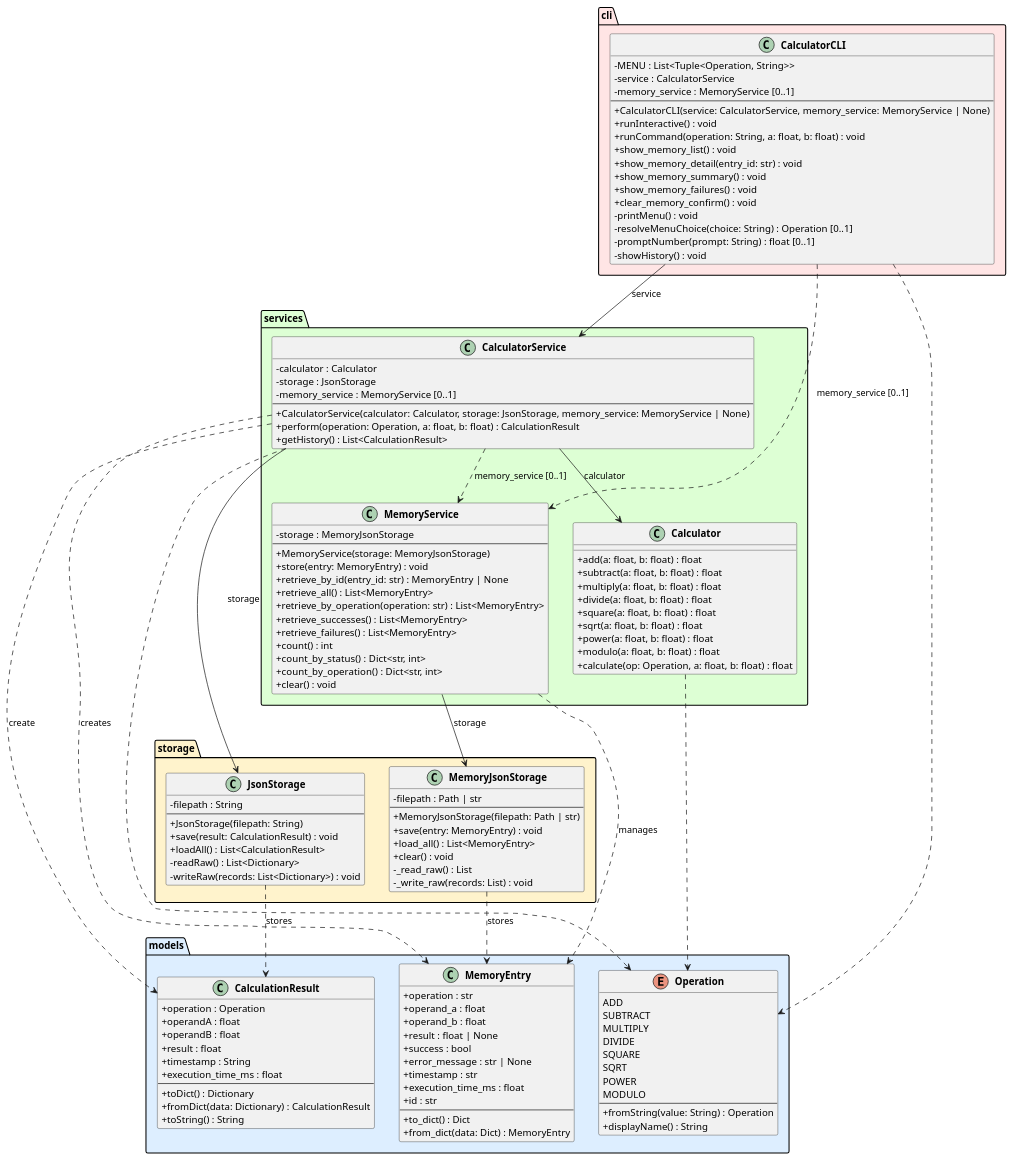
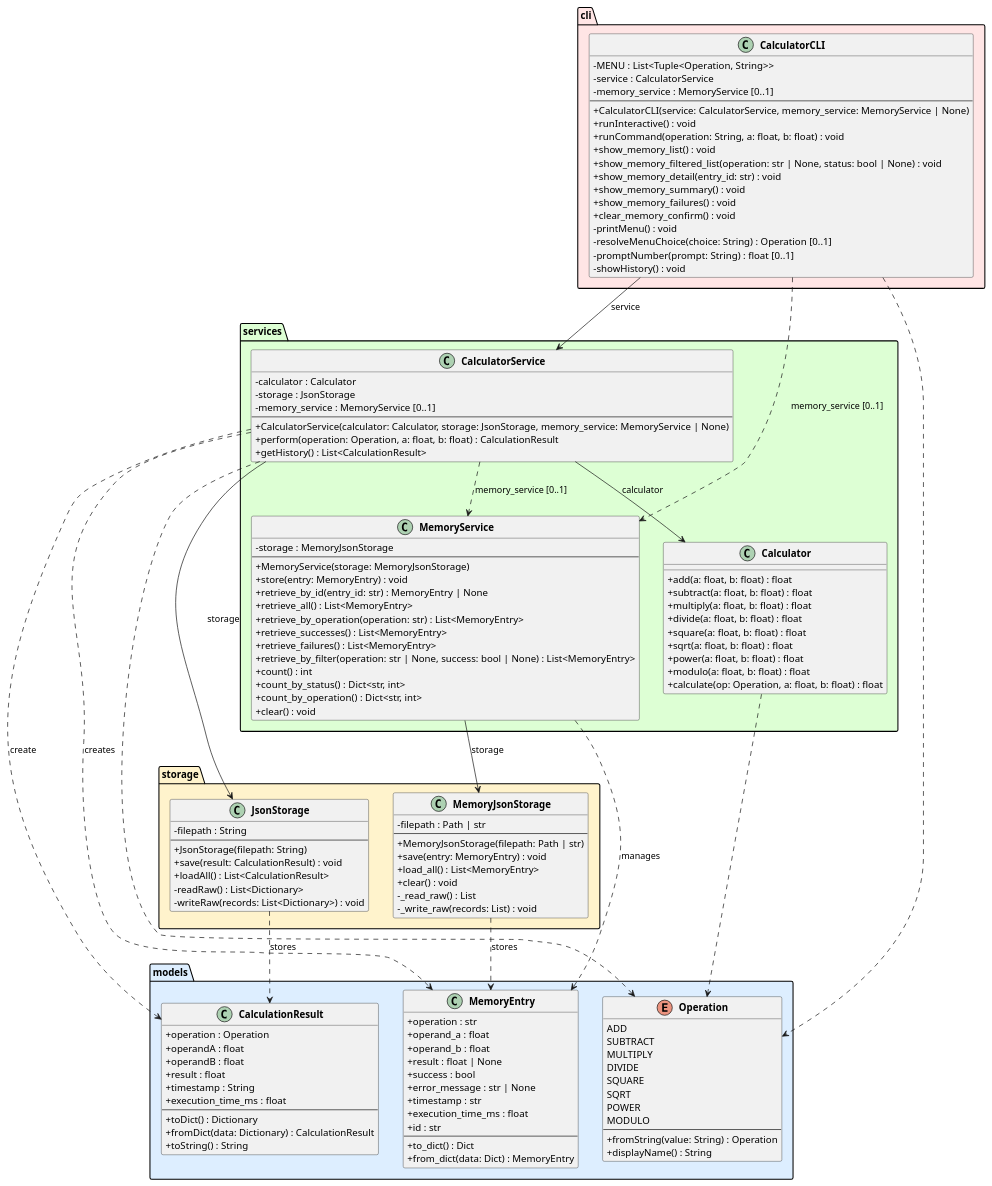
The diagram in experiments/supervisor_as_tools/structured_text/calculator/artifacts/class_diagram.puml (DanielRiha8906/Software_autoevolution_using_agents), drawn with PlantUML before and after one commit. The commit also changed 7 other files, not shown here.

```diff
--- a/experiments/supervisor_as_tools/structured_text/calculator/artifacts/class_diagram.puml
+++ b/experiments/supervisor_as_tools/structured_text/calculator/artifacts/class_diagram.puml
@@ -1,150 +1,152 @@
 @startuml class_diagram
 
 skinparam classAttributeIconSize 0
 skinparam classFontStyle bold
 
 package "models" #DDEEFF {
     enum Operation {
         ADD
         SUBTRACT
         MULTIPLY
         DIVIDE
         SQUARE
         SQRT
         POWER
         MODULO
         --
         +fromString(value: String) : Operation
         +displayName() : String
     }
 
     class CalculationResult {
         +operation : Operation
         +operandA : float
         +operandB : float
         +result : float
         +timestamp : String
         +execution_time_ms : float
         --
         +toDict() : Dictionary
         +fromDict(data: Dictionary) : CalculationResult
         +toString() : String
     }
 
     class MemoryEntry {
         +operation : str
         +operand_a : float
         +operand_b : float
         +result : float | None
         +success : bool
         +error_message : str | None
         +timestamp : str
         +execution_time_ms : float
         +id : str
         --
         +to_dict() : Dict
         +from_dict(data: Dict) : MemoryEntry
     }
 }
 
 package "services" #DDFFD4 {
     class Calculator {
         +add(a: float, b: float) : float
         +subtract(a: float, b: float) : float
         +multiply(a: float, b: float) : float
         +divide(a: float, b: float) : float
         +square(a: float, b: float) : float
         +sqrt(a: float, b: float) : float
         +power(a: float, b: float) : float
         +modulo(a: float, b: float) : float
         +calculate(op: Operation, a: float, b: float) : float
     }
 
     class CalculatorService {
         -calculator : Calculator
         -storage : JsonStorage
         -memory_service : MemoryService [0..1]
         --
         +CalculatorService(calculator: Calculator, storage: JsonStorage, memory_service: MemoryService | None)
         +perform(operation: Operation, a: float, b: float) : CalculationResult
         +getHistory() : List<CalculationResult>
     }
 
     class MemoryService {
         -storage : MemoryJsonStorage
         --
         +MemoryService(storage: MemoryJsonStorage)
         +store(entry: MemoryEntry) : void
         +retrieve_by_id(entry_id: str) : MemoryEntry | None
         +retrieve_all() : List<MemoryEntry>
         +retrieve_by_operation(operation: str) : List<MemoryEntry>
         +retrieve_successes() : List<MemoryEntry>
         +retrieve_failures() : List<MemoryEntry>
+        +retrieve_by_filter(operation: str | None, success: bool | None) : List<MemoryEntry>
         +count() : int
         +count_by_status() : Dict<str, int>
         +count_by_operation() : Dict<str, int>
         +clear() : void
     }
 }
 
 package "storage" #FFF3CC {
     class JsonStorage {
         -filepath : String
         --
         +JsonStorage(filepath: String)
         +save(result: CalculationResult) : void
         +loadAll() : List<CalculationResult>
         -readRaw() : List<Dictionary>
         -writeRaw(records: List<Dictionary>) : void
     }
 
     class MemoryJsonStorage {
         -filepath : Path | str
         --
         +MemoryJsonStorage(filepath: Path | str)
         +save(entry: MemoryEntry) : void
         +load_all() : List<MemoryEntry>
         +clear() : void
         -_read_raw() : List
         -_write_raw(records: List) : void
     }
 }
 
 package "cli" #FFE5E5 {
     class CalculatorCLI {
         -MENU : List<Tuple<Operation, String>>
         -service : CalculatorService
         -memory_service : MemoryService [0..1]
         --
         +CalculatorCLI(service: CalculatorService, memory_service: MemoryService | None)
         +runInteractive() : void
         +runCommand(operation: String, a: float, b: float) : void
         +show_memory_list() : void
+        +show_memory_filtered_list(operation: str | None, status: bool | None) : void
         +show_memory_detail(entry_id: str) : void
         +show_memory_summary() : void
         +show_memory_failures() : void
         +clear_memory_confirm() : void
         -printMenu() : void
         -resolveMenuChoice(choice: String) : Operation [0..1]
         -promptNumber(prompt: String) : float [0..1]
         -showHistory() : void
     }
 }
 
 CalculatorCLI --> CalculatorService : service
 CalculatorCLI ..> MemoryService : memory_service [0..1]
 CalculatorService --> Calculator : calculator
 CalculatorService --> JsonStorage : storage
 CalculatorService ..> MemoryService : memory_service [0..1]
 MemoryService --> MemoryJsonStorage : storage
 MemoryService ..> MemoryEntry : manages
 
 CalculatorService ..> CalculationResult : create
 CalculatorService ..> MemoryEntry : creates
 CalculatorService ..> Operation
 CalculatorCLI ..> Operation
 Calculator ..> Operation
 JsonStorage ..> CalculationResult : stores
 MemoryJsonStorage ..> MemoryEntry : stores
 
 @enduml
```
